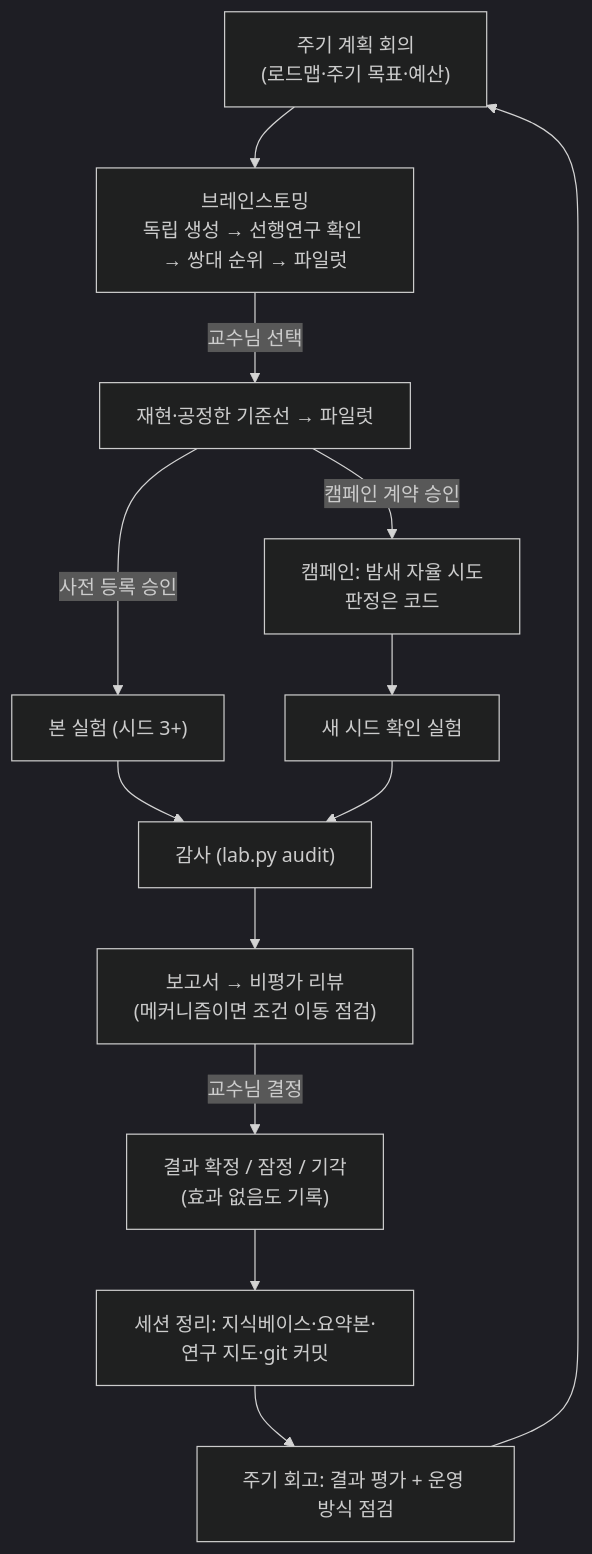
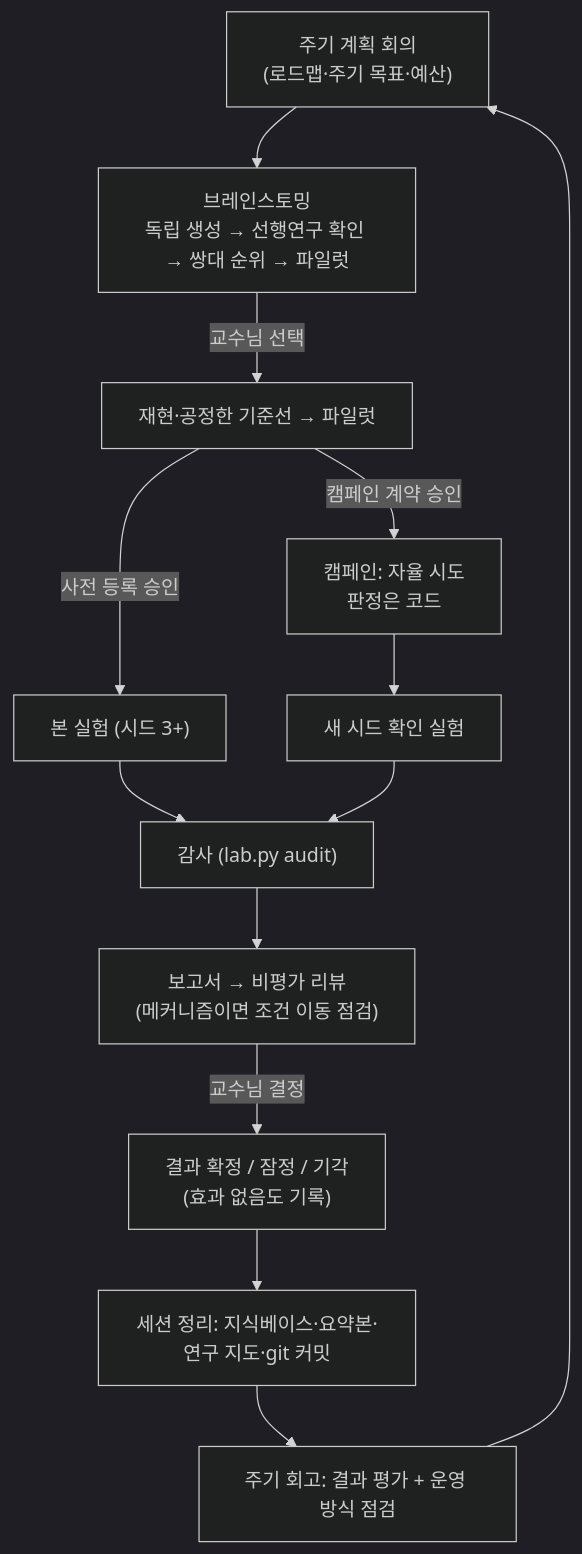
The diagram in docs/설계_근거.md (yhlee52/ai_sci_cowork), drawn with Mermaid (dark theme) before and after one commit. The commit also changed other lines of this file and 27 other files, not shown here.

````diff
--- a/docs/설계_근거.md
+++ b/docs/설계_근거.md
@@ -83,15 +83,15 @@
 ```mermaid
 flowchart TD
     A["주기 계획 회의<br/>(로드맵·주기 목표·예산)"] --> B["브레인스토밍<br/>독립 생성 → 선행연구 확인 → 쌍대 순위 → 파일럿"]
     B -->|교수님 선택| C["재현·공정한 기준선 → 파일럿"]
     C -->|사전 등록 승인| D["본 실험 (시드 3+)"]
-    C -->|캠페인 계약 승인| E["캠페인: 밤새 자율 시도<br/>판정은 코드"]
+    C -->|캠페인 계약 승인| E["캠페인: 자율 시도<br/>판정은 코드"]
     E --> F["새 시드 확인 실험"]
     D --> G["감사 (lab.py audit)"]
     F --> G
     G --> H["보고서 → 비평가 리뷰<br/>(메커니즘이면 조건 이동 점검)"]
     H -->|교수님 결정| I["결과 확정 / 잠정 / 기각<br/>(효과 없음도 기록)"]
     I --> J["세션 정리: 지식베이스·요약본·연구 지도·git 커밋"]
     J --> K["주기 회고: 결과 평가 + 운영 방식 점검"]
     K --> A
 ```
````
